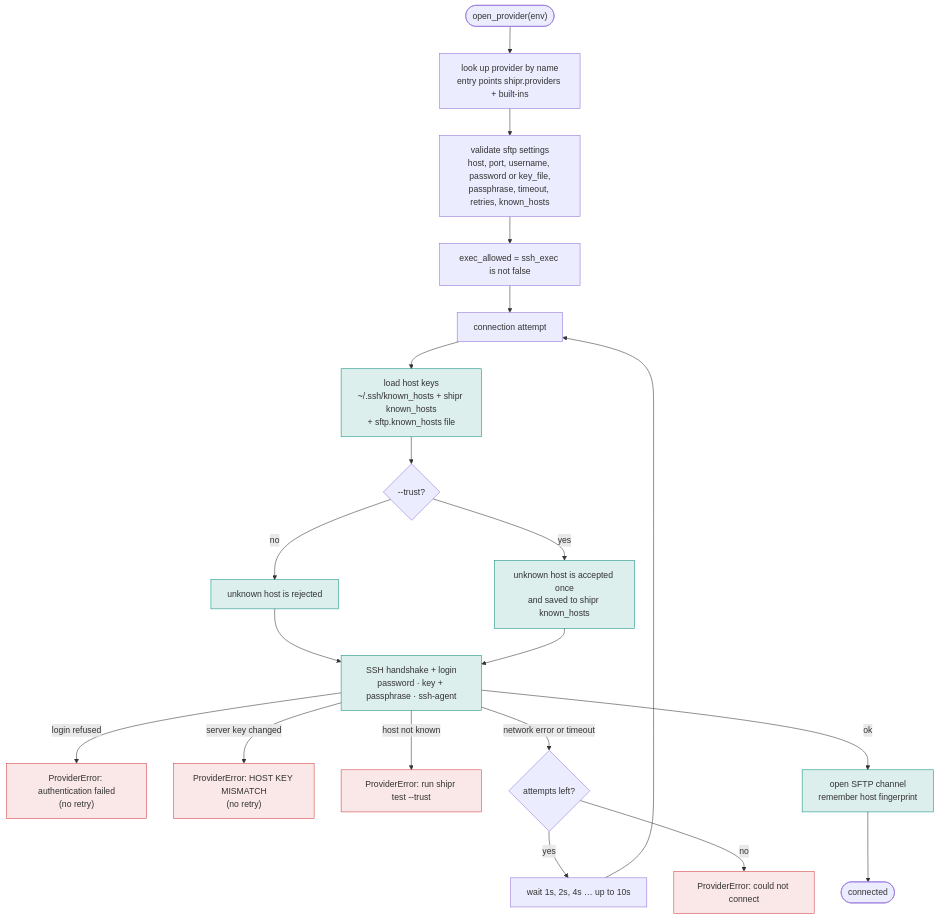
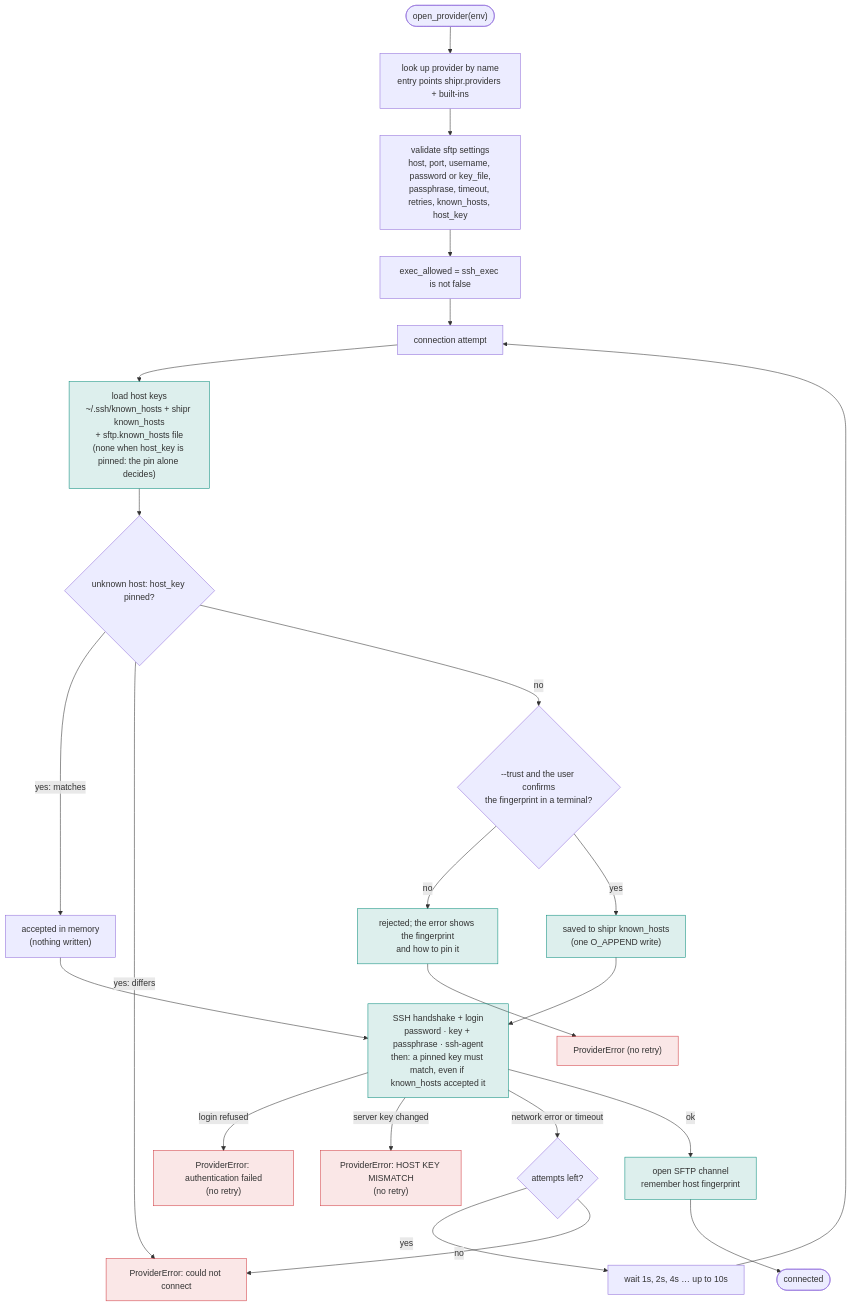
One commit to aayushdhimaann/shipr changed the fifth of 14 diagrams in docs/FLOW.md. Above: the diagram before and after it, drawn with Mermaid. The commit also changed other lines of this file and 19 other files, not shown here.

````diff
--- a/docs/FLOW.md
+++ b/docs/FLOW.md
@@ -191,26 +191,29 @@
 ```mermaid
 flowchart TD
   s(["open_provider(env)"]) --> reg["look up provider by name<br/>entry points shipr.providers + built-ins"]
-  reg --> v["validate sftp settings<br/>host, port, username, password or key_file,<br/>passphrase, timeout, retries, known_hosts"]
+  reg --> v["validate sftp settings<br/>host, port, username, password or key_file,<br/>passphrase, timeout, retries, known_hosts, host_key"]
   v --> ea["exec_allowed = ssh_exec is not false"]
   ea --> c["connection attempt"]
-  c --> kh["load host keys<br/>~/.ssh/known_hosts + shipr known_hosts<br/>+ sftp.known_hosts file"]
-  kh --> pol{"--trust?"}
-  pol -- no --> rej["unknown host is rejected"]
-  pol -- yes --> tofu["unknown host is accepted once<br/>and saved to shipr known_hosts"]
-  rej --> ssh["SSH handshake + login<br/>password · key + passphrase · ssh-agent"]
+  c --> kh["load host keys<br/>~/.ssh/known_hosts + shipr known_hosts<br/>+ sftp.known_hosts file<br/>(none when host_key is pinned: the pin alone decides)"]
+  kh --> pol{"unknown host: host_key pinned?"}
+  pol -- "yes: matches" --> pin["accepted in memory<br/>(nothing written)"]
+  pol -- "yes: differs" --> e4["ProviderError: HOST KEY MISMATCH"]
+  pol -- no --> tr{"--trust and the user confirms<br/>the fingerprint in a terminal?"}
+  tr -- no --> rej["rejected; the error shows the fingerprint<br/>and how to pin it"]
+  tr -- yes --> tofu["saved to shipr known_hosts<br/>(one O_APPEND write)"]
+  pin --> ssh["SSH handshake + login<br/>password · key + passphrase · ssh-agent<br/>then: a pinned key must match, even if known_hosts accepted it"]
   tofu --> ssh
   ssh -- "login refused" --> e1["ProviderError: authentication failed<br/>(no retry)"]
   ssh -- "server key changed" --> e2["ProviderError: HOST KEY MISMATCH<br/>(no retry)"]
-  ssh -- "host not known" --> e3["ProviderError: run shipr test --trust"]
+  rej --> e3["ProviderError (no retry)"]
   ssh -- "network error or timeout" --> left{"attempts left?"}
   left -- yes --> wait["wait 1s, 2s, 4s … up to 10s"]
   wait --> c
   left -- no --> e4["ProviderError: could not connect"]
   ssh -- ok --> sf["open SFTP channel<br/>remember host fingerprint"]
   sf --> ready(["connected"])
   classDef err fill:#d23f4520,stroke:#d23f45
   classDef srv fill:#0e8f7f24,stroke:#0e8f7f
   class e1,e2,e3,e4 err
   class kh,ssh,sf,rej,tofu srv
 ```
````
